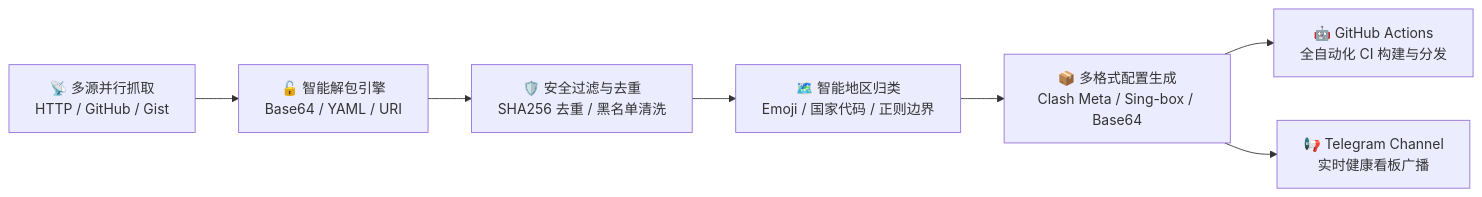
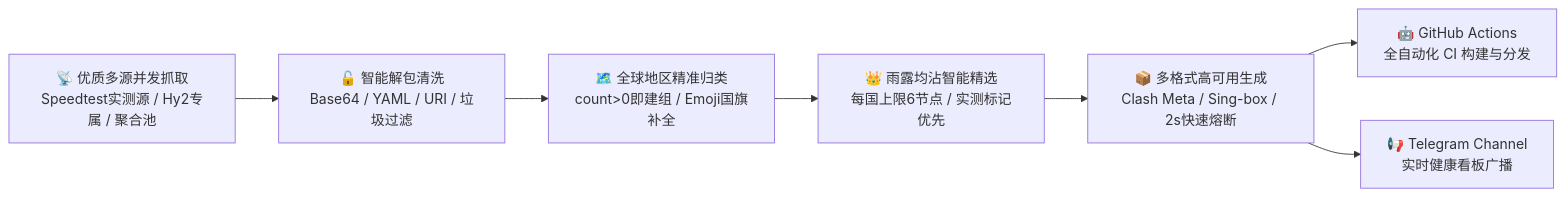
One commit to lanzm/MetaFetch changed the diagram in README.md. Above: the diagram before and after it, drawn with Mermaid. The commit also changed other lines of this file and 14 other files, not shown here.

````diff
--- a/README.md
+++ b/README.md
@@ -116,9 +116,9 @@
 ```mermaid
 graph LR
-    A[📡 多源并行抓取<br/>HTTP / GitHub / Gist] --> B[🔓 智能解包引擎<br/>Base64 / YAML / URI]
-    B --> C[🛡️ 安全过滤与去重<br/>SHA256 去重 / 黑名单清洗]
-    C --> D[🗺️ 智能地区归类<br/>Emoji / 国家代码 / 正则边界]
-    D --> E[📦 多格式配置生成<br/>Clash Meta / Sing-box / Base64]
+    A[📡 优质多源并发抓取<br/>Speedtest实测源 / Hy2专属 / 聚合池] --> B[🔓 智能解包清洗<br/>Base64 / YAML / URI / 垃圾过滤]
+    B --> C[🗺️ 全球地区精准归类<br/>count>0即建组 / Emoji国旗补全]
+    C --> D[👑 雨露均沾智能精选<br/>每国上限6节点 / 实测标记优先]
+    D --> E[📦 多格式高可用生成<br/>Clash Meta / Sing-box / 2s快速熔断]
     E --> F[🤖 GitHub Actions<br/>全自动化 CI 构建与分发]
     E --> G[📢 Telegram Channel<br/>实时健康看板广播]
 ```
````
